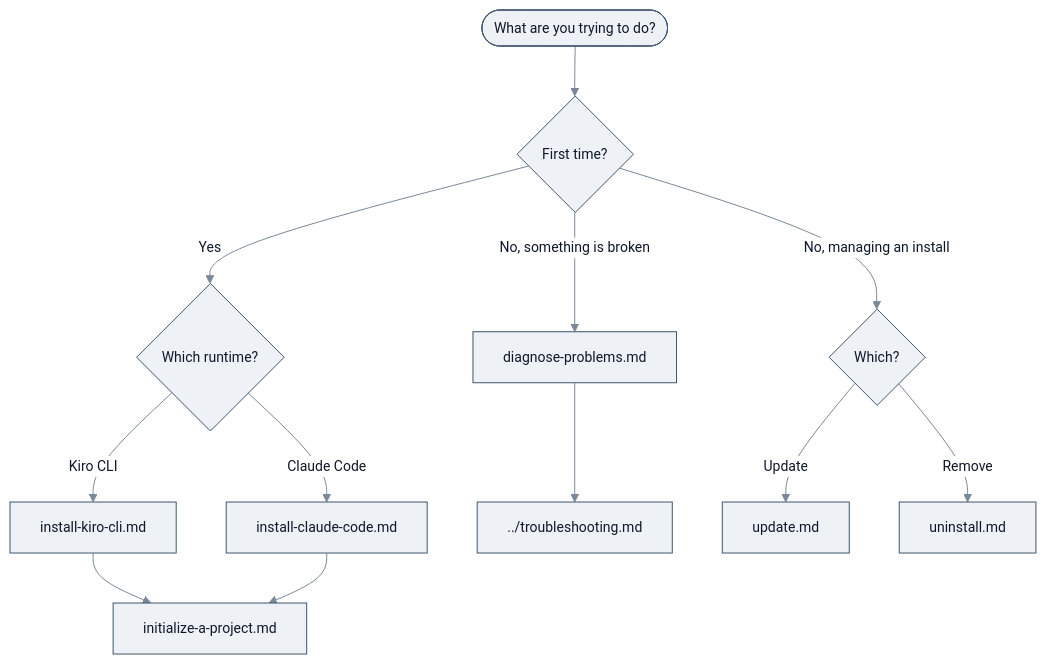
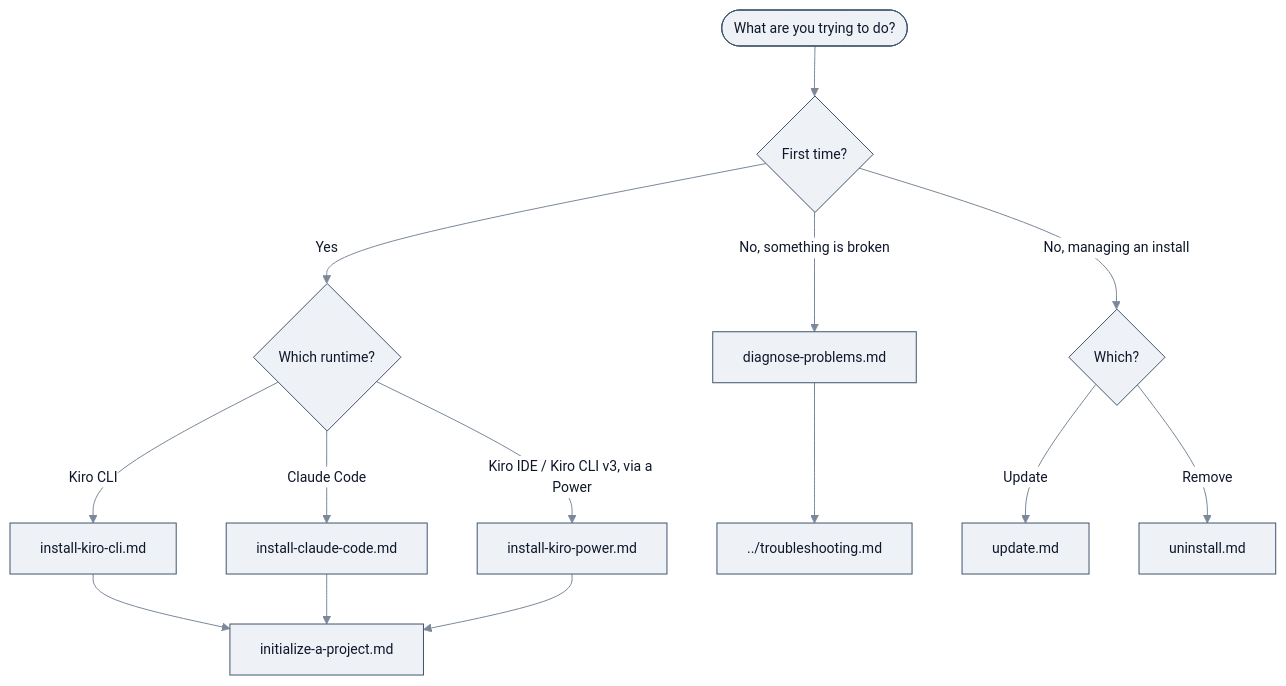
Before and after one commit to aws-solutions/konductor: the diagram in docs/user-guide/tasks/README.md, drawn with Mermaid. The commit also changed other lines of this file and 43 other files, not shown here.

First line of the commit message:
feat: add Konductor Kiro Power (powers/konductor/)

````diff
--- a/docs/user-guide/tasks/README.md
+++ b/docs/user-guide/tasks/README.md
@@ -27,20 +28,22 @@
 ```mermaid
 %%{init:{'theme':'base','themeVariables':{'fontSize':'14px','primaryColor':'#eef2f7','primaryTextColor':'#0f172a','primaryBorderColor':'#40556e','lineColor':'#7a8899','textColor':'#0f172a','edgeLabelBackground':'#ffffff','clusterBkg':'#fafbfc','clusterBorder':'#c9d2dc'}}}%%
 flowchart TD
     Start([What are you trying to do?])
 
     Start --> A{First time?}
 
     A -->|Yes| B{Which runtime?}
     B -->|Kiro CLI| K["install-kiro-cli.md"]
     B -->|Claude Code| C["install-claude-code.md"]
+    B -->|"Kiro IDE / Kiro CLI v3, via a Power"| P["install-kiro-power.md"]
     K --> E["initialize-a-project.md"]
     C --> E
+    P --> E
 
     A -->|"No, something is broken"| H["diagnose-problems.md"]
     H --> I["../troubleshooting.md"]
 
     A -->|"No, managing an install"| J{Which?}
     J -->|Update| L["update.md"]
     J -->|Remove| M["uninstall.md"]
 ```
````
